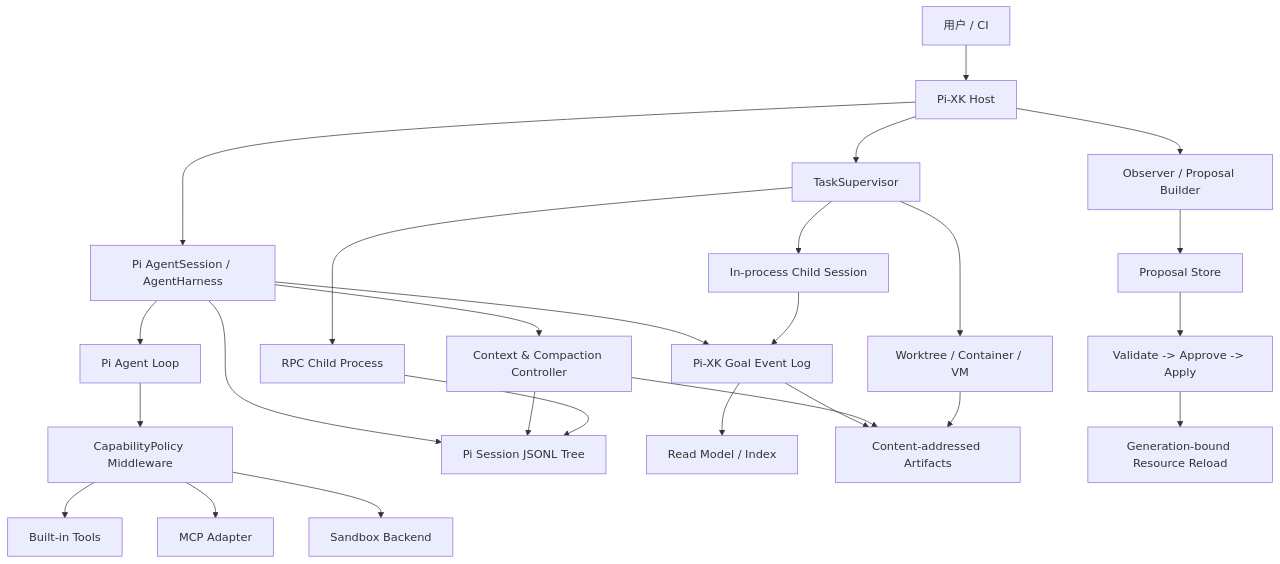
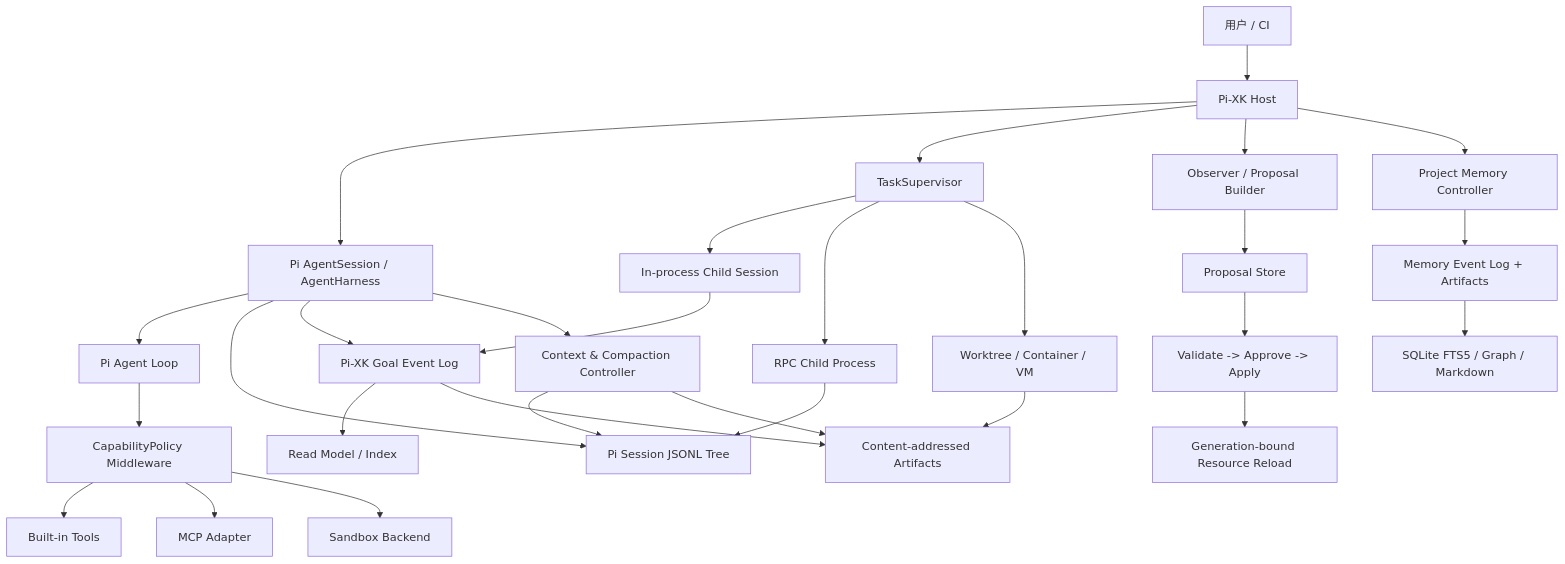
The diagram in docs/pi-xk-architecture-proposal.md (FengYunCalm/pi-xk), drawn with Mermaid before and after one commit. The commit also changed other lines of this file and 50 other files, not shown here.

````diff
--- a/docs/pi-xk-architecture-proposal.md
+++ b/docs/pi-xk-architecture-proposal.md
@@ -154,28 +155,31 @@
 ```mermaid
 flowchart TD
     U[用户 / CI] --> H[Pi-XK Host]
     H --> R[Pi AgentSession / AgentHarness]
     R --> L[Pi Agent Loop]
     L --> P[CapabilityPolicy Middleware]
     P --> T[Built-in Tools]
     P --> M[MCP Adapter]
     P --> S[Sandbox Backend]
     R --> J[Pi Session JSONL Tree]
     R --> E[Pi-XK Goal Event Log]
     E --> V[Read Model / Index]
     E --> A[Content-addressed Artifacts]
     R --> C[Context & Compaction Controller]
     C --> J
     C --> A
     H --> Q[TaskSupervisor]
     Q --> W[In-process Child Session]
     Q --> X[RPC Child Process]
     Q --> Y[Worktree / Container / VM]
     W --> E
     X --> J
     Y --> A
     H --> O[Observer / Proposal Builder]
+    H --> MM[Project Memory Controller]
+    MM --> ME[Memory Event Log + Artifacts]
+    ME --> MI[SQLite FTS5 / Graph / Markdown]
     O --> G[Proposal Store]
     G --> AP[Validate -> Approve -> Apply]
     AP --> RL[Generation-bound Resource Reload]
 ```
````
